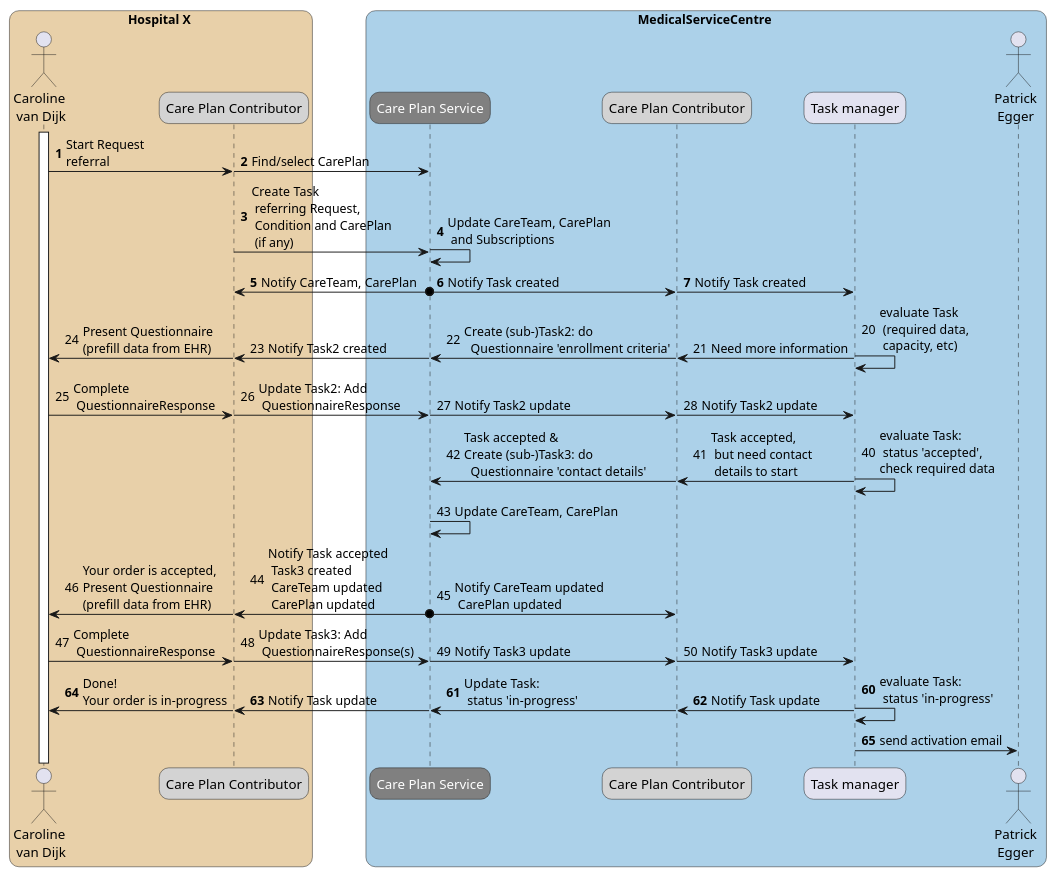
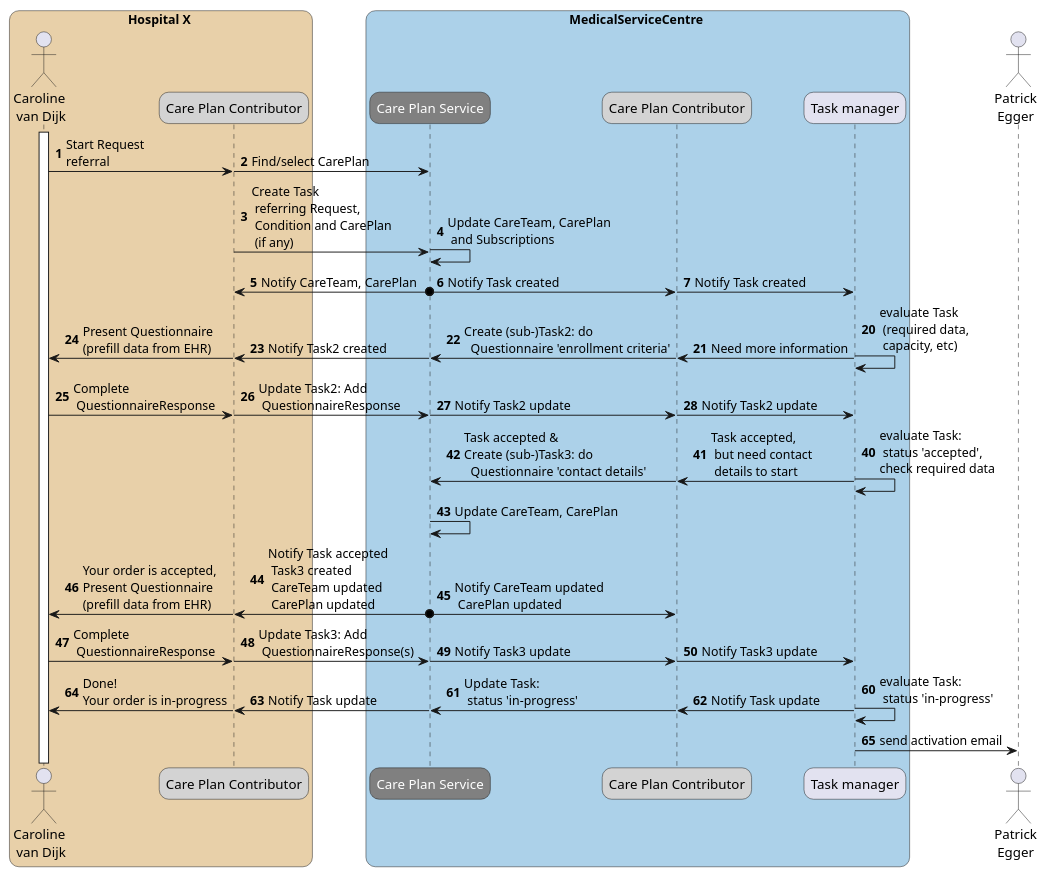
The diagram in input/images-source/usecase-enrollment.plantuml (SanteonNL/shared-care-planning), drawn with PlantUML before and after one commit. The commit also changed 6 other files, not shown here.

Commit message:
update sequencediagrams usecase get data

```diff
--- a/input/images-source/usecase-enrollment.plantuml
+++ b/input/images-source/usecase-enrollment.plantuml
@@ -1,69 +1,70 @@
 @startuml usecase-enrollment
 
 skinparam roundcorner 20
+skinparam defaultFontName Arial 
 
 
 !pragma teoz true
 
 box Hospital X #e8d0a9
     actor "Caroline \nvan Dijk" as Practitioner1
     participant "Care Plan Contributor" as CPC1 #LightGray
 end box
 box MedicalServiceCentre #acd1e9
     participant "<font color=white>Care Plan Service" as CPS #Gray
     participant "Care Plan Contributor" as CPC2 #LightGray
     participant "Task manager" as EHR2
-    actor "Patrick\nEgger" as Patient
 end box
+actor "Patrick\nEgger" as Patient
 
 activate Practitioner1
 autonumber
 Practitioner1 -> CPC1 : Start Request\nreferral
 & CPC1 -> CPS : Find/select CarePlan
 
 CPC1 -> CPS : Create Task\n referring Request,\n Condition and CarePlan\n (if any)
 & CPS -> CPS  : Update CareTeam, CarePlan\n and Subscriptions
 CPS o-> CPC1 : Notify CareTeam, CarePlan
 & CPS o-> CPC2  : Notify Task created
 & CPC2 -> EHR2  : Notify Task created
 ' & note right EHR2 #WhiteSmoke
 ' Actions in gray
 '  are optional
 ' end note
 
-autonumber 20 "<font color=Black>0"
+autonumber 20
  EHR2 -> EHR2 : evaluate Task\n (required data,\n capacity, etc)
 &EHR2 -> CPC2 : Need more information
 & CPC2 -> CPS  : Create (sub-)Task2: do\n  Questionnaire 'enrollment criteria'
 & CPS -> CPC1 : Notify Task2 created
 & CPC1 -> Practitioner1 : Present Questionnaire\n(prefill data from EHR)
 
 Practitioner1 -> CPC1 : Complete\n QuestionnaireResponse
 & CPC1 -> CPS : Update Task2: Add\n QuestionnaireResponse
 & CPS -> CPC2 : Notify Task2 update
 & CPC2 -> EHR2 : Notify Task2 update
 
-autonumber 40 "<font color=Black>0"
+autonumber 40
 EHR2 -> EHR2 :evaluate Task:\n status 'accepted', \ncheck required data
 & EHR2 -> CPC2 :Task accepted,\n but need contact\n details to start
 & CPC2 -> CPS :Task accepted & \nCreate (sub-)Task3: do \n  Questionnaire 'contact details'
 CPS -> CPS  : Update CareTeam, CarePlan
 CPS o-> CPC1 :Notify Task accepted\n Task3 created\n CareTeam updated\n CarePlan updated
 & CPS o-> CPC2 :Notify CareTeam updated\n CarePlan updated
 & CPC1 -> Practitioner1 :Your order is accepted,\nPresent Questionnaire\n(prefill data from EHR)
 
 Practitioner1 -> CPC1 : Complete\n QuestionnaireResponse
 & CPC1 -> CPS : Update Task3: Add\n QuestionnaireResponse(s)
 & CPS -> CPC2 : Notify Task3 update
 & CPC2 -> EHR2 : Notify Task3 update
 
 autonumber 60
 EHR2 -> EHR2 : evaluate Task:\n status 'in-progress'
 & CPC2 -> CPS : Update Task: \n status 'in-progress'
 & EHR2 -> CPC2 : Notify Task update
 & CPS -> CPC1 : Notify Task update
 & CPC1 -> Practitioner1 : Done!\nYour order is in-progress
 EHR2 -> Patient : send activation email
 deactivate Practitioner1
 
 @enduml
```
